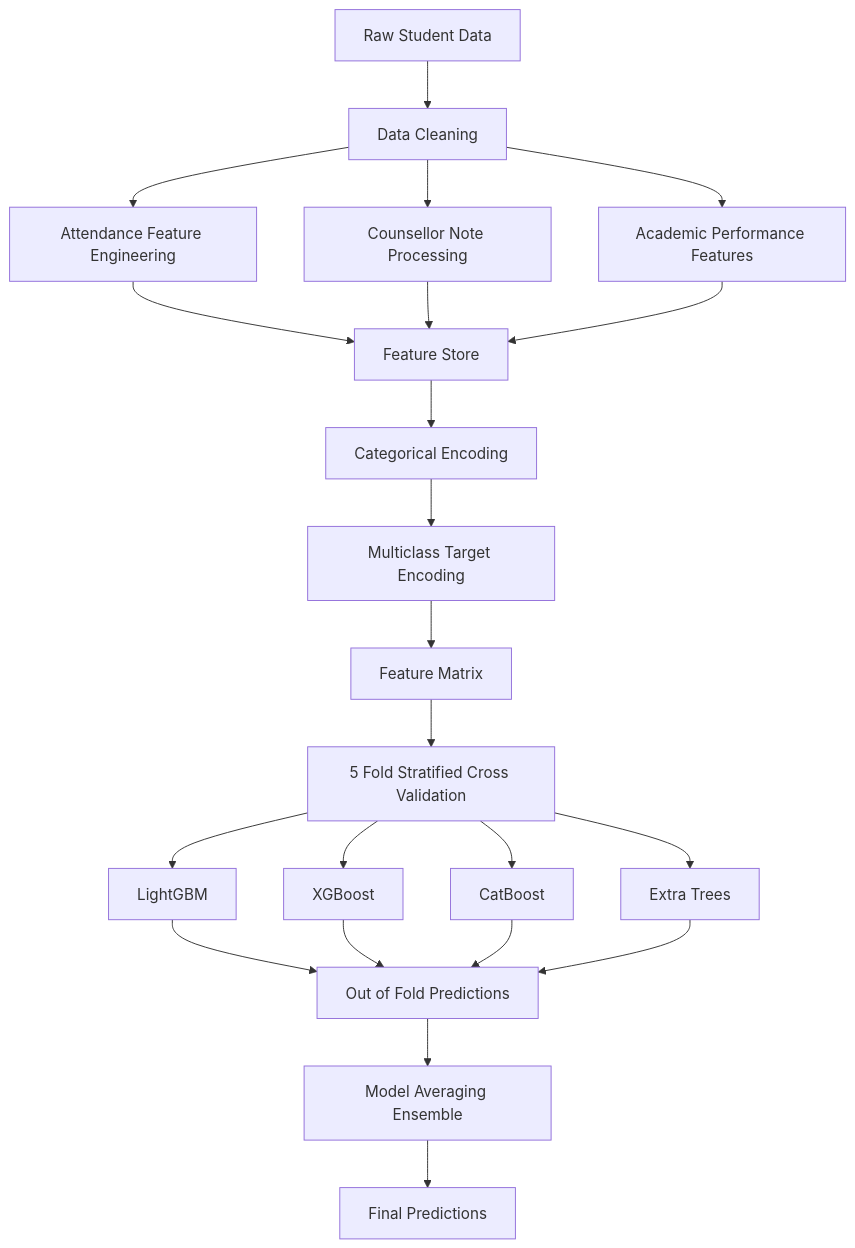
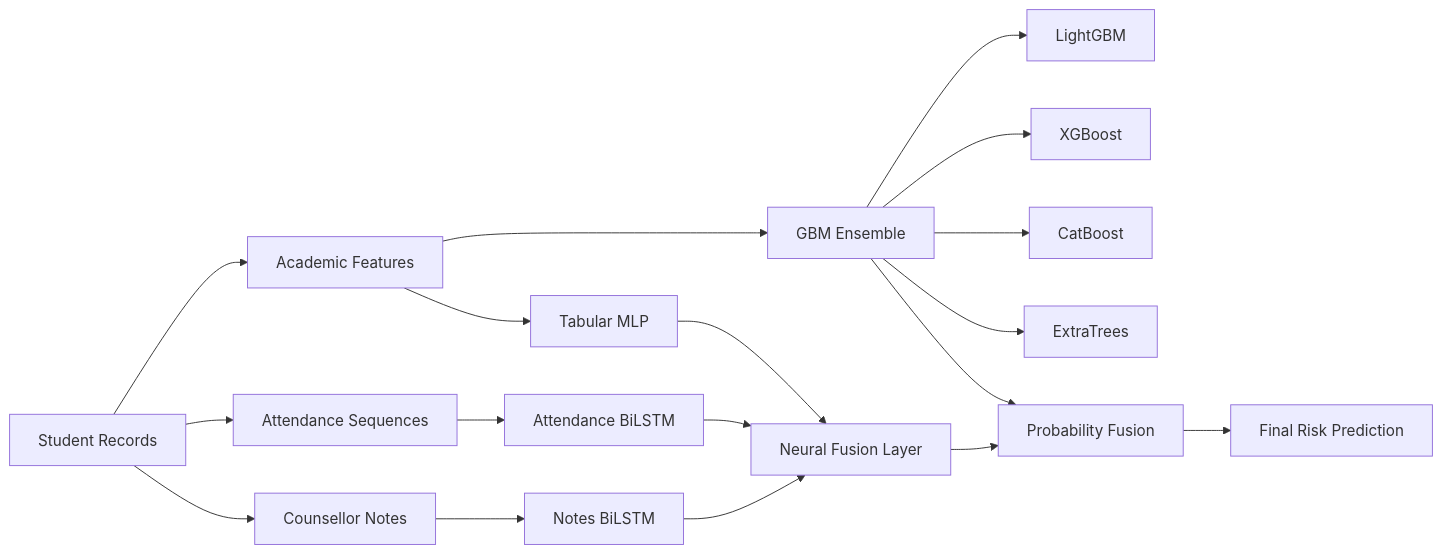
One commit to anupp29/retina-ai changed the diagram in README.md. Above: the diagram before and after it, drawn with Mermaid. The commit also changed other lines of this file and 1 other file, not shown here.

Commit message:
Added Results and FInal Doucmentation updates

````diff
--- a/README.md
+++ b/README.md
@@ -52,38 +80,29 @@
 ```mermaid
-flowchart TD
+flowchart LR
 
-A[Raw Student Data]
---> B[Data Cleaning]
+A[Student Records]
 
-B --> C[Attendance Feature Engineering]
+A --> B[Academic Features]
+A --> C[Attendance Sequences]
+A --> D[Counsellor Notes]
 
-B --> D[Counsellor Note Processing]
+B --> E[GBM Ensemble]
 
-B --> E[Academic Performance Features]
+E --> E1[LightGBM]
+E --> E2[XGBoost]
+E --> E3[CatBoost]
+E --> E4[ExtraTrees]
 
-C --> F[Feature Store]
-D --> F
-E --> F
+B --> F[Tabular MLP]
+C --> G[Attendance BiLSTM]
+D --> H[Notes BiLSTM]
 
-F --> G[Categorical Encoding]
+F --> I[Neural Fusion Layer]
+G --> I
+H --> I
 
-G --> H[Multiclass Target Encoding]
+E --> J[Probability Fusion]
+I --> J
 
-H --> I[Feature Matrix]
-
-I --> J[5 Fold Stratified Cross Validation]
-
-J --> K[LightGBM]
-J --> L[XGBoost]
-J --> M[CatBoost]
-J --> N[Extra Trees]
-
-K --> O[Out of Fold Predictions]
-L --> O
-M --> O
-N --> O
-
-O --> P[Model Averaging Ensemble]
-
-P --> Q[Final Predictions]
+J --> K[Final Risk Prediction]
 ```
````
